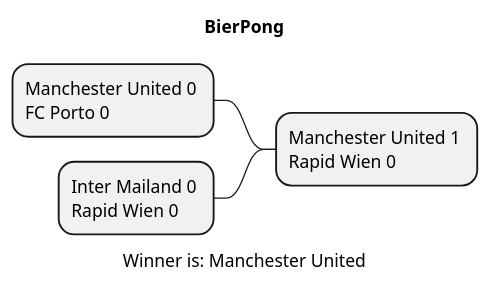
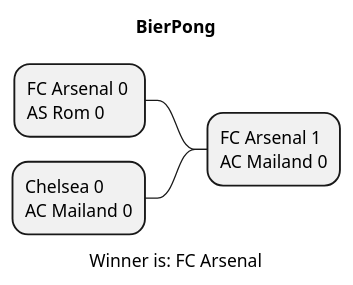
The diagram in asciidocs/plantuml/Result.puml (htl-leonding-project/2022-4ahif-autohaus), drawn with PlantUML before and after one commit. The commit also changed 4 other files, not shown here.

```diff
--- a/asciidocs/plantuml/Result.puml
+++ b/asciidocs/plantuml/Result.puml
@@ -1,10 +1,10 @@
 @startmindmap BierPong.png
 title BierPong
 
-- Manchester United 1 \nRapid Wien 0
+- FC Arsenal 1 \nAC Mailand 0
 
--- Manchester United 0 \nFC Porto 0
+-- FC Arsenal 0 \nAS Rom 0
 
--- Inter Mailand 0 \nRapid Wien 0
-caption Winner is: Manchester United
+-- Chelsea 0 \nAC Mailand 0
+caption Winner is: FC Arsenal
 @endmindmap
```
